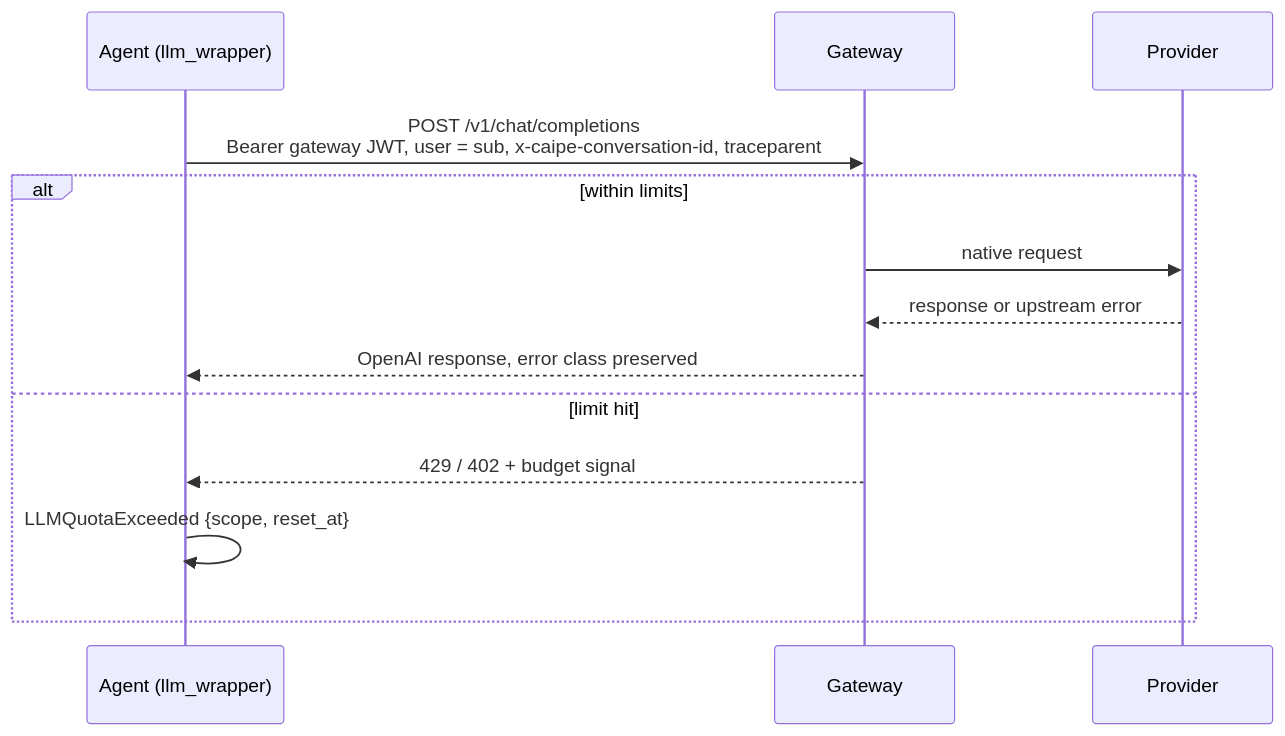
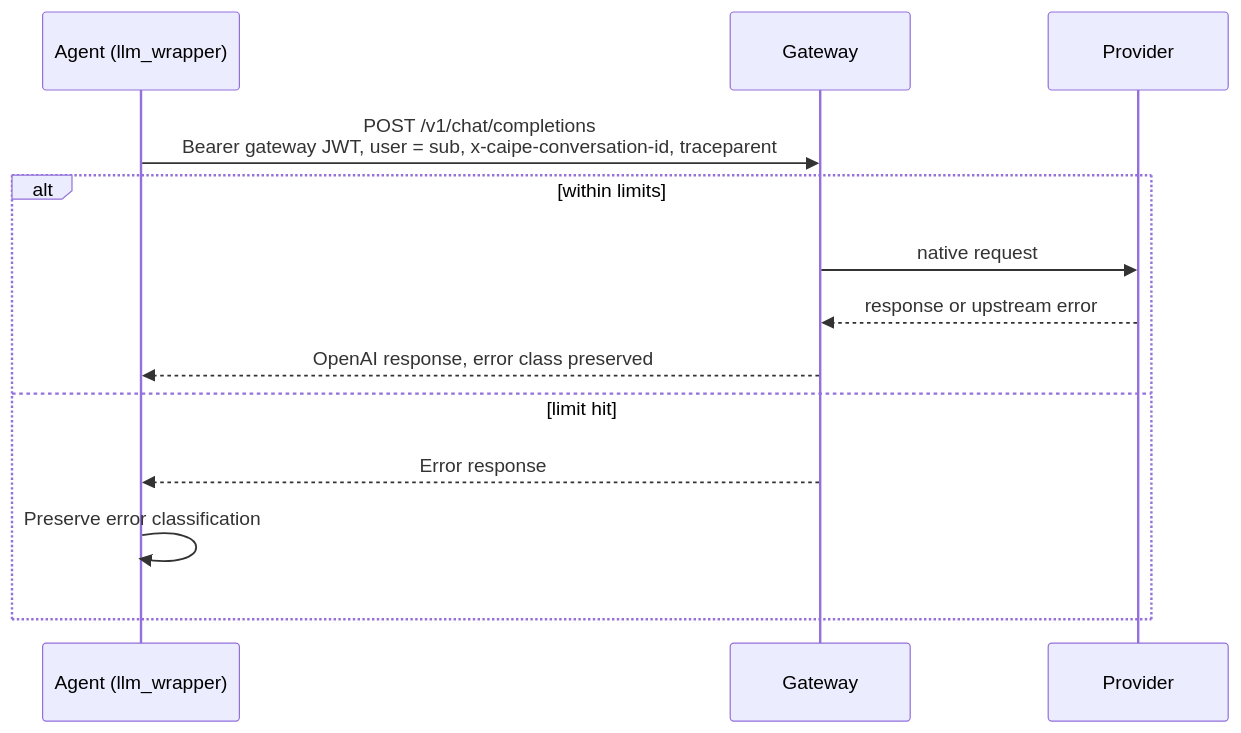
The diagram in docs/docs/specs/2026-10-10-byo-llm-gateway-budgets-quotas/contracts/openai-endpoint.md (caipe-io/ai-platform-engineering), drawn with Mermaid before and after one commit. The commit also changed other lines of this file and 9 other files, not shown here.

````diff
--- a/docs/docs/specs/2026-10-10-byo-llm-gateway-budgets-quotas/contracts/openai-endpoint.md
+++ b/docs/docs/specs/2026-10-10-byo-llm-gateway-budgets-quotas/contracts/openai-endpoint.md
@@ -5,15 +5,15 @@
 ```mermaid
 sequenceDiagram
   participant A as Agent (llm_wrapper)
   participant G as Gateway
   participant P as Provider
   A->>G: POST /v1/chat/completions<br/>Bearer gateway JWT, user = sub, x-caipe-conversation-id, traceparent
   alt within limits
     G->>P: native request
     P-->>G: response or upstream error
     G-->>A: OpenAI response, error class preserved
   else limit hit
-    G-->>A: 429 / 402 + budget signal
-    A->>A: LLMQuotaExceeded {scope, reset_at}
+    G-->>A: Error response
+    A->>A: Preserve error classification
   end
 ```
````
